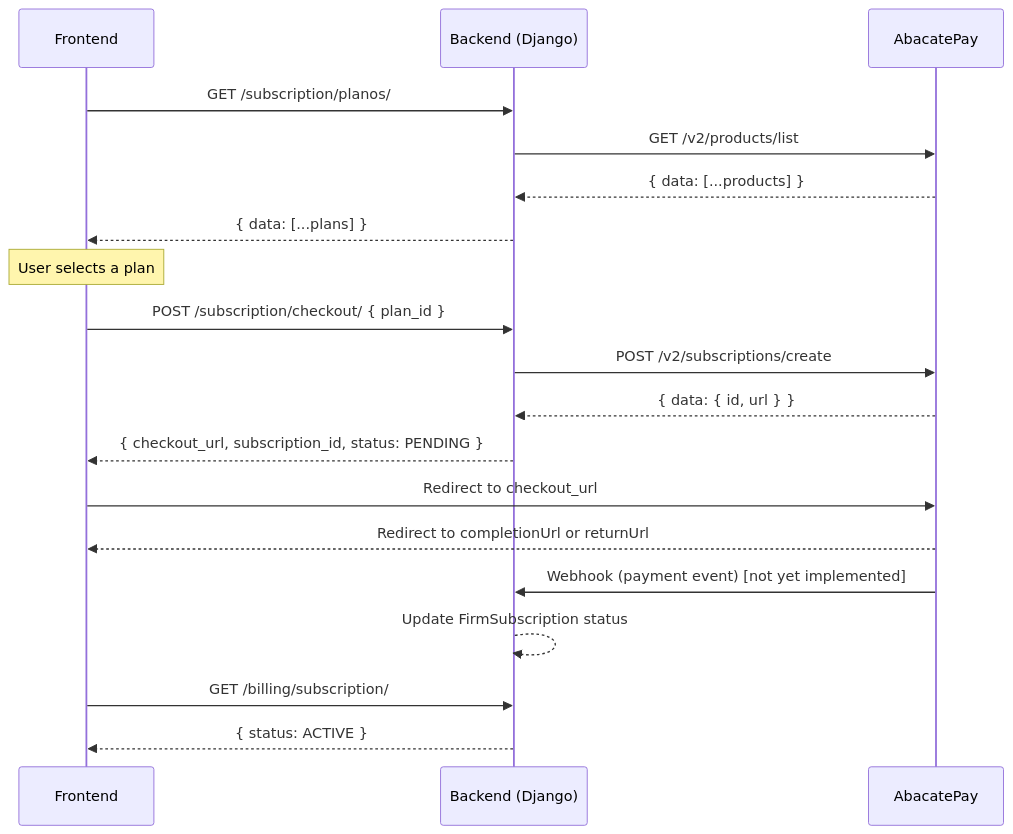
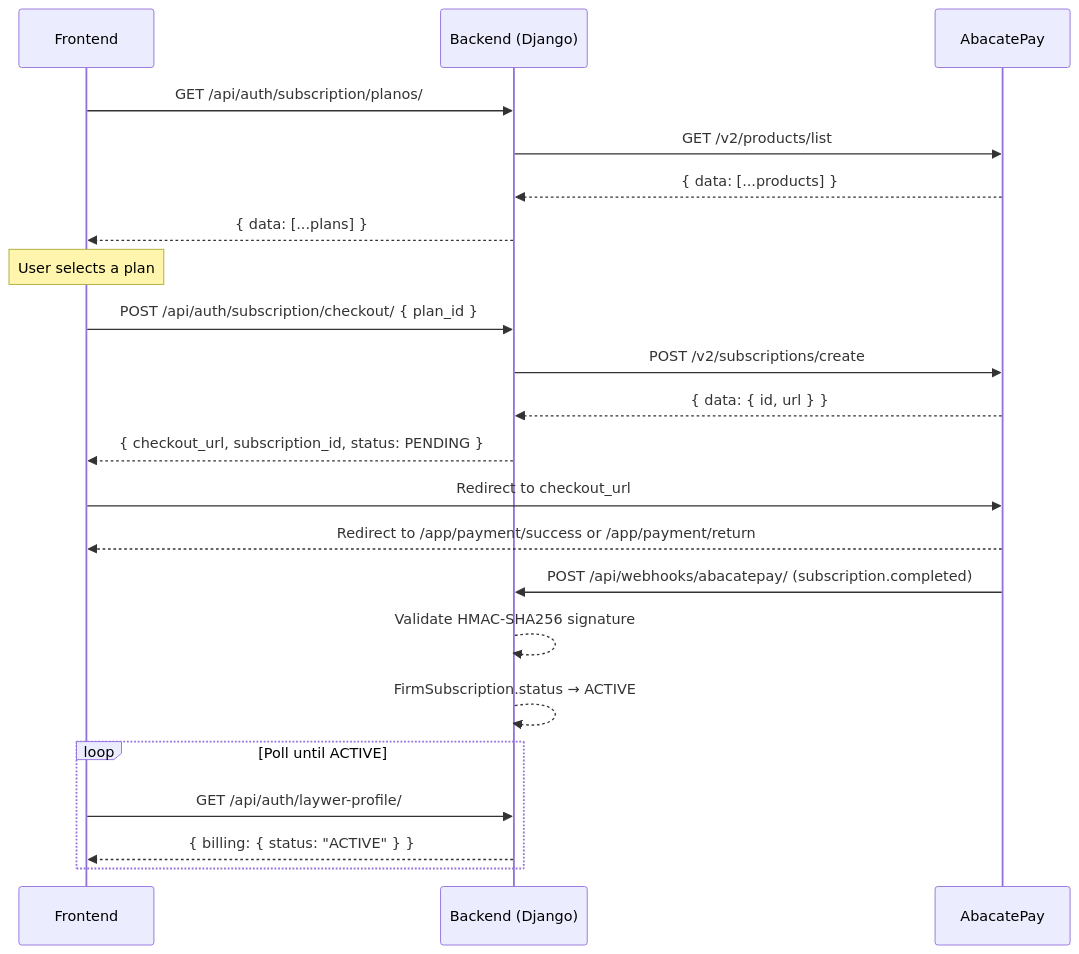
The diagram in docs/abacatepay-payment.md (Jeferson7770/Desafio-Pokedex), drawn with Mermaid before and after one commit. The commit also changed other lines of this file and 5 other files, not shown here.

````diff
--- a/docs/abacatepay-payment.md
+++ b/docs/abacatepay-payment.md
@@ -179,26 +252,30 @@
 ```mermaid
 sequenceDiagram
   participant FE as Frontend
   participant BE as Backend (Django)
   participant AB as AbacatePay
 
-  FE->>BE: GET /subscription/planos/
+  FE->>BE: GET /api/auth/subscription/planos/
   BE->>AB: GET /v2/products/list
   AB-->>BE: { data: [...products] }
   BE-->>FE: { data: [...plans] }
 
   Note over FE: User selects a plan
 
-  FE->>BE: POST /subscription/checkout/ { plan_id }
+  FE->>BE: POST /api/auth/subscription/checkout/ { plan_id }
   BE->>AB: POST /v2/subscriptions/create
   AB-->>BE: { data: { id, url } }
   BE-->>FE: { checkout_url, subscription_id, status: PENDING }
   FE->>AB: Redirect to checkout_url
 
-  AB-->>FE: Redirect to completionUrl or returnUrl
-  AB->>BE: Webhook (payment event) [not yet implemented]
-  BE-->>BE: Update FirmSubscription status
+  AB-->>FE: Redirect to /app/payment/success or /app/payment/return
 
-  FE->>BE: GET /billing/subscription/
-  BE-->>FE: { status: ACTIVE }
+  AB->>BE: POST /api/webhooks/abacatepay/ (subscription.completed)
+  BE-->>BE: Validate HMAC-SHA256 signature
+  BE-->>BE: FirmSubscription.status → ACTIVE
+
+  loop Poll until ACTIVE
+    FE->>BE: GET /api/auth/laywer-profile/
+    BE-->>FE: { billing: { status: "ACTIVE" } }
+  end
 ```
````
